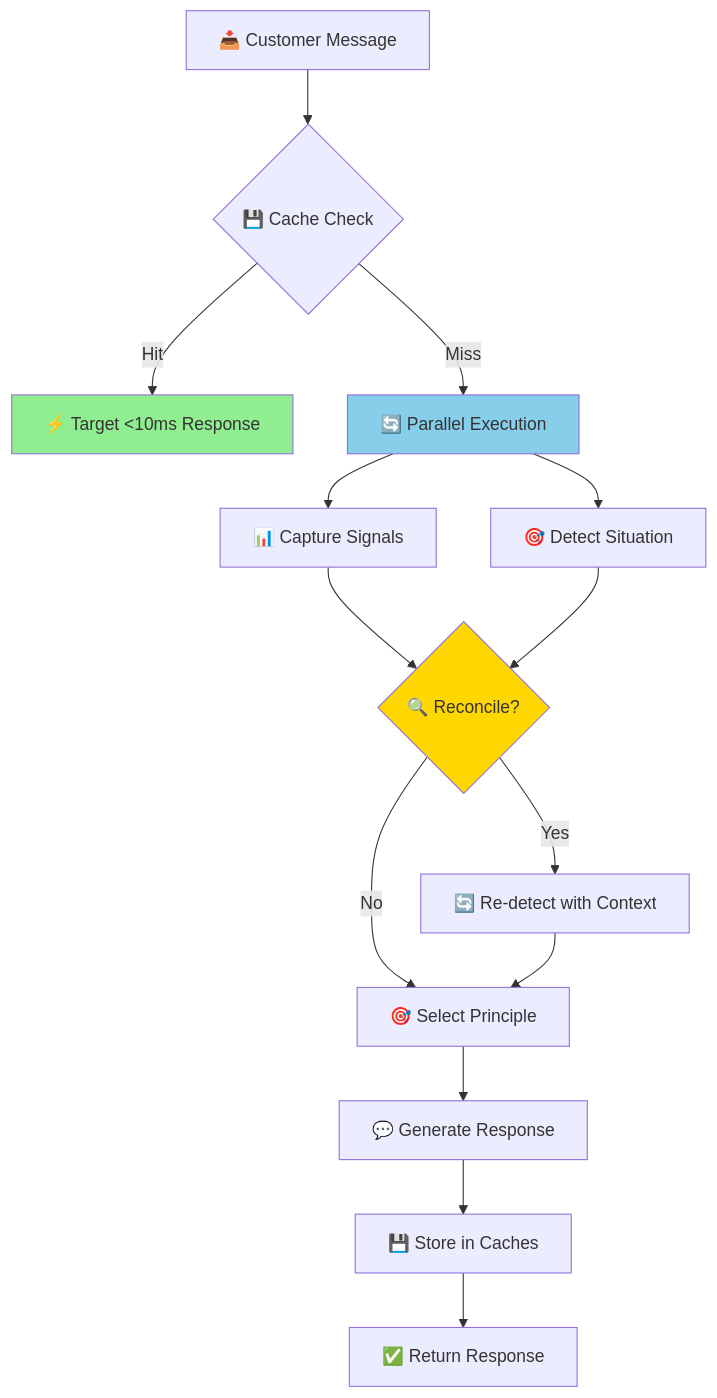
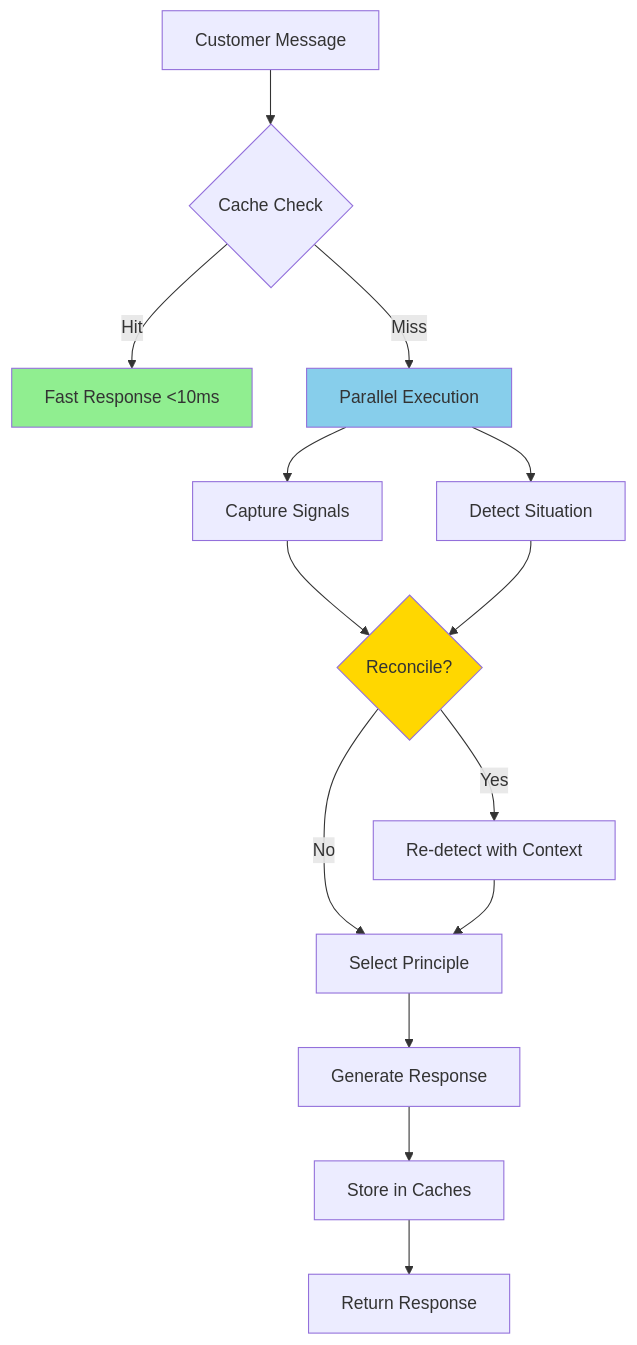
One commit to kjayashr/deal-closer changed the first of 5 diagrams in README.md. Above: the diagram before and after it, drawn with Mermaid. The commit also changed other lines of this file, not shown here.

First line of the commit message:
Fix Mermaid diagrams in README - remove emojis from node labels

````diff
--- a/README.md
+++ b/README.md
@@ -192,23 +192,23 @@
 ```mermaid
 flowchart TD
-    Start[📥 Customer Message] --> Cache{💾 Cache Check}
-    Cache -->|Hit| Fast[⚡ Target <10ms Response]
-    Cache -->|Miss| Parallel[🔄 Parallel Execution]
+    Start[Customer Message] --> Cache{Cache Check}
+    Cache -->|Hit| Fast[Fast Response <10ms]
+    Cache -->|Miss| Parallel[Parallel Execution]
     
-    Parallel --> Capture[📊 Capture Signals]
-    Parallel --> Detect[🎯 Detect Situation]
+    Parallel --> Capture[Capture Signals]
+    Parallel --> Detect[Detect Situation]
     
-    Capture --> Reconcile{🔍 Reconcile?}
+    Capture --> Reconcile{Reconcile?}
     Detect --> Reconcile
-    Reconcile -->|Yes| Redetect[🔄 Re-detect with Context]
-    Reconcile -->|No| Select[🎯 Select Principle]
+    Reconcile -->|Yes| Redetect[Re-detect with Context]
+    Reconcile -->|No| Select[Select Principle]
     Redetect --> Select
     
-    Select --> Generate[💬 Generate Response]
-    Generate --> Store[💾 Store in Caches]
-    Store --> Return[✅ Return Response]
+    Select --> Generate[Generate Response]
+    Generate --> Store[Store in Caches]
+    Store --> Return[Return Response]
     
     style Fast fill:#90EE90
     style Parallel fill:#87CEEB
     style Reconcile fill:#FFD700
 ```
````
